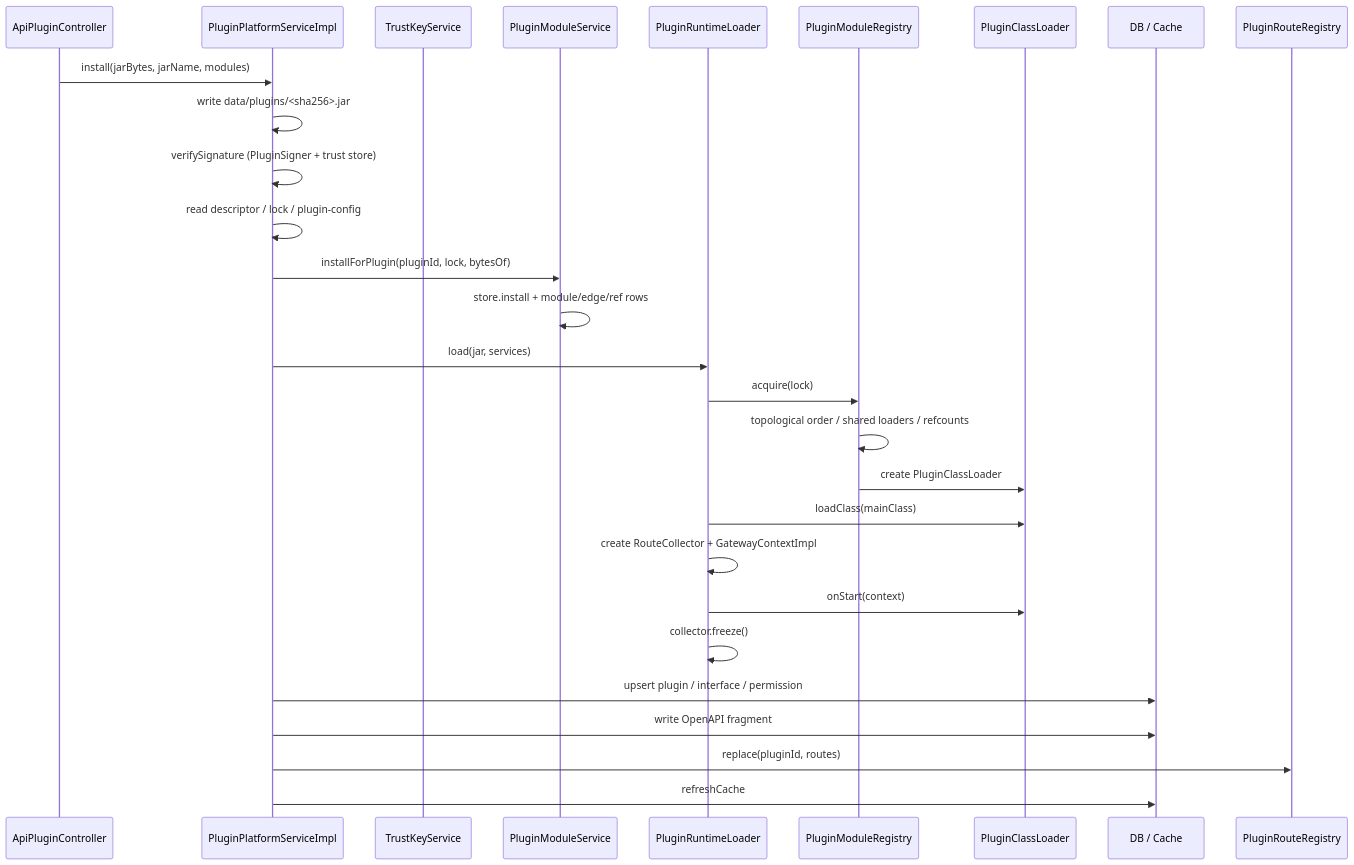
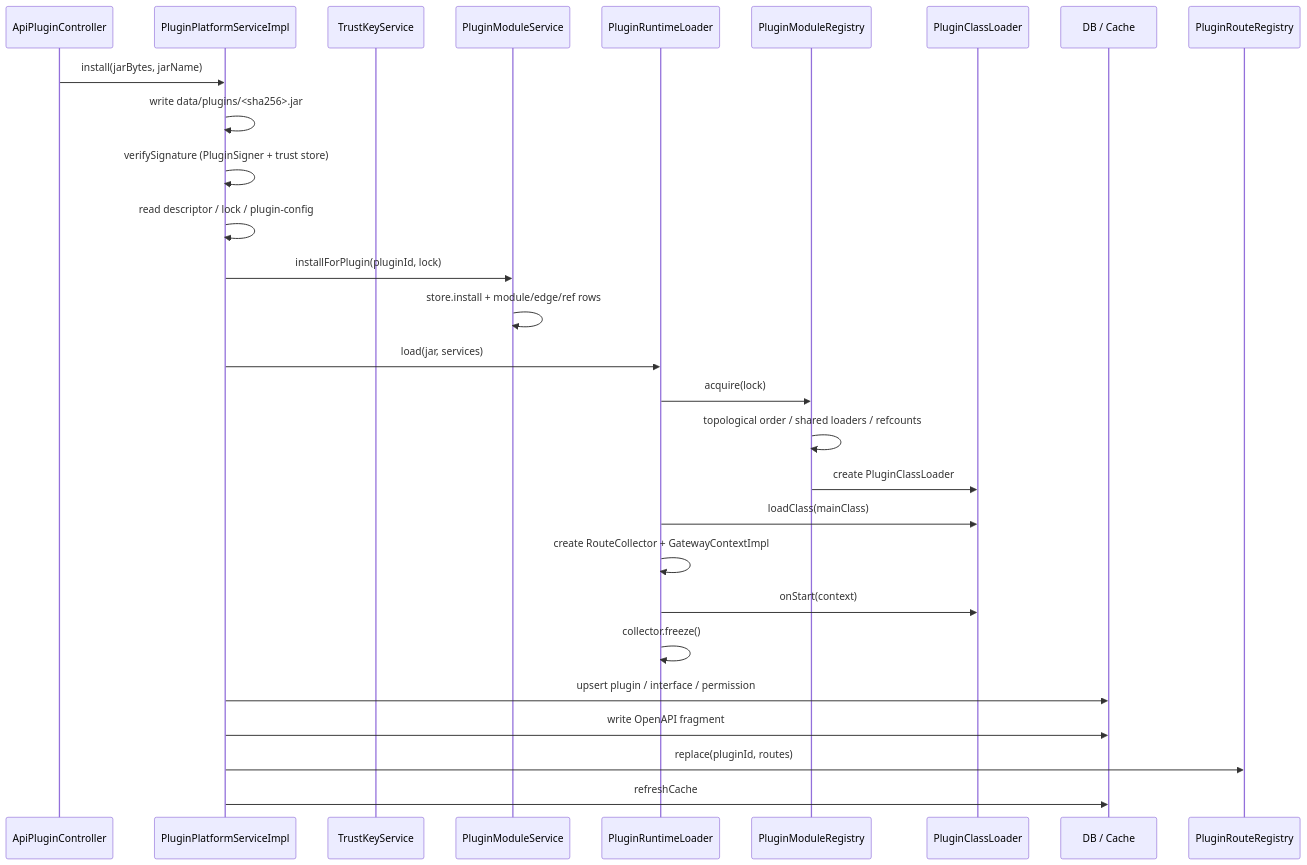
The fourth of 8 diagrams in docs/plugin-platform.md (FatttSnake/api-management), drawn with Mermaid before and after one commit. The commit also changed other lines of this file and 16 other files, not shown here.

````diff
--- a/docs/plugin-platform.md
+++ b/docs/plugin-platform.md
@@ -234,31 +234,31 @@
 ```mermaid
 sequenceDiagram
     participant C as ApiPluginController
     participant S as PluginPlatformServiceImpl
     participant T as TrustKeyService
     participant M as PluginModuleService
     participant R as PluginRuntimeLoader
     participant MR as PluginModuleRegistry
     participant PL as PluginClassLoader
     participant DB as DB / Cache
     participant RR as PluginRouteRegistry
 
-    C->>S: install(jarBytes, jarName, modules)
+    C->>S: install(jarBytes, jarName)
     S->>S: write data/plugins/<sha256>.jar
     S->>S: verifySignature (PluginSigner + trust store)
     S->>S: read descriptor / lock / plugin-config
-    S->>M: installForPlugin(pluginId, lock, bytesOf)
+    S->>M: installForPlugin(pluginId, lock)
     M->>M: store.install + module/edge/ref rows
     S->>R: load(jar, services)
     R->>MR: acquire(lock)
     MR->>MR: topological order / shared loaders / refcounts
     MR->>PL: create PluginClassLoader
     R->>PL: loadClass(mainClass)
     R->>R: create RouteCollector + GatewayContextImpl
     R->>PL: onStart(context)
     R->>R: collector.freeze()
     S->>DB: upsert plugin / interface / permission
     S->>DB: write OpenAPI fragment
     S->>RR: replace(pluginId, routes)
     S->>DB: refreshCache
 ```
````
